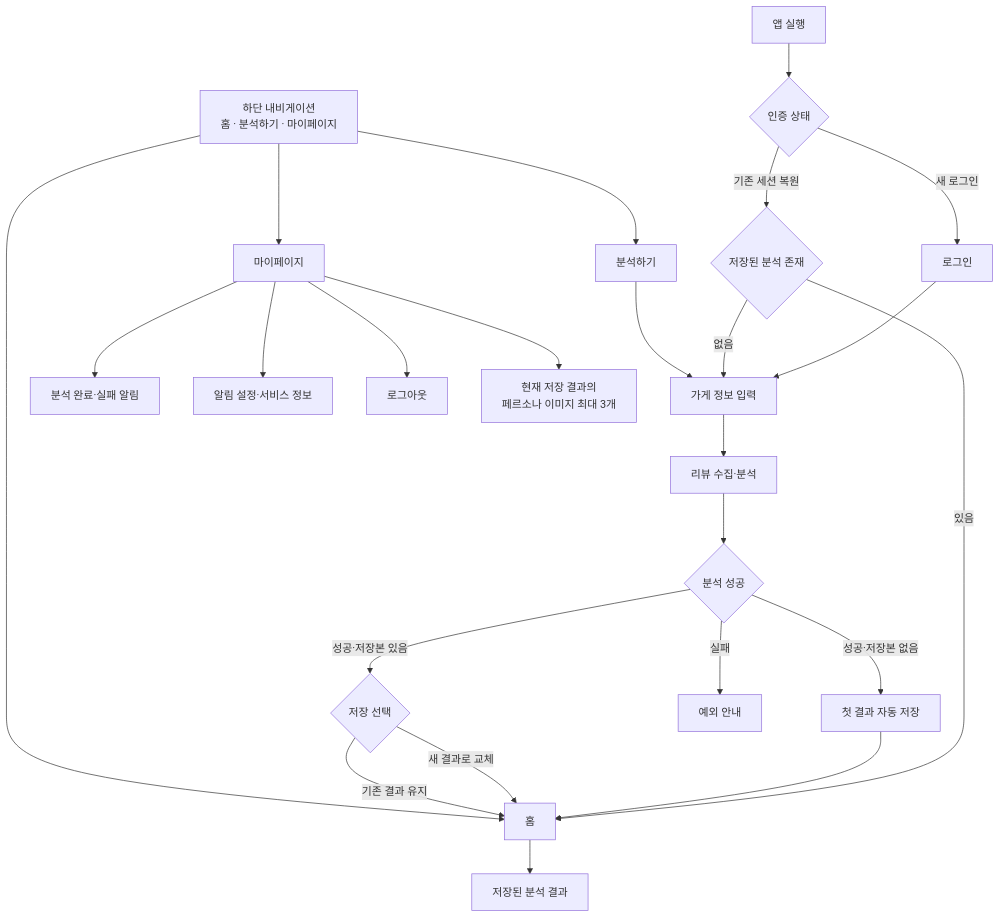
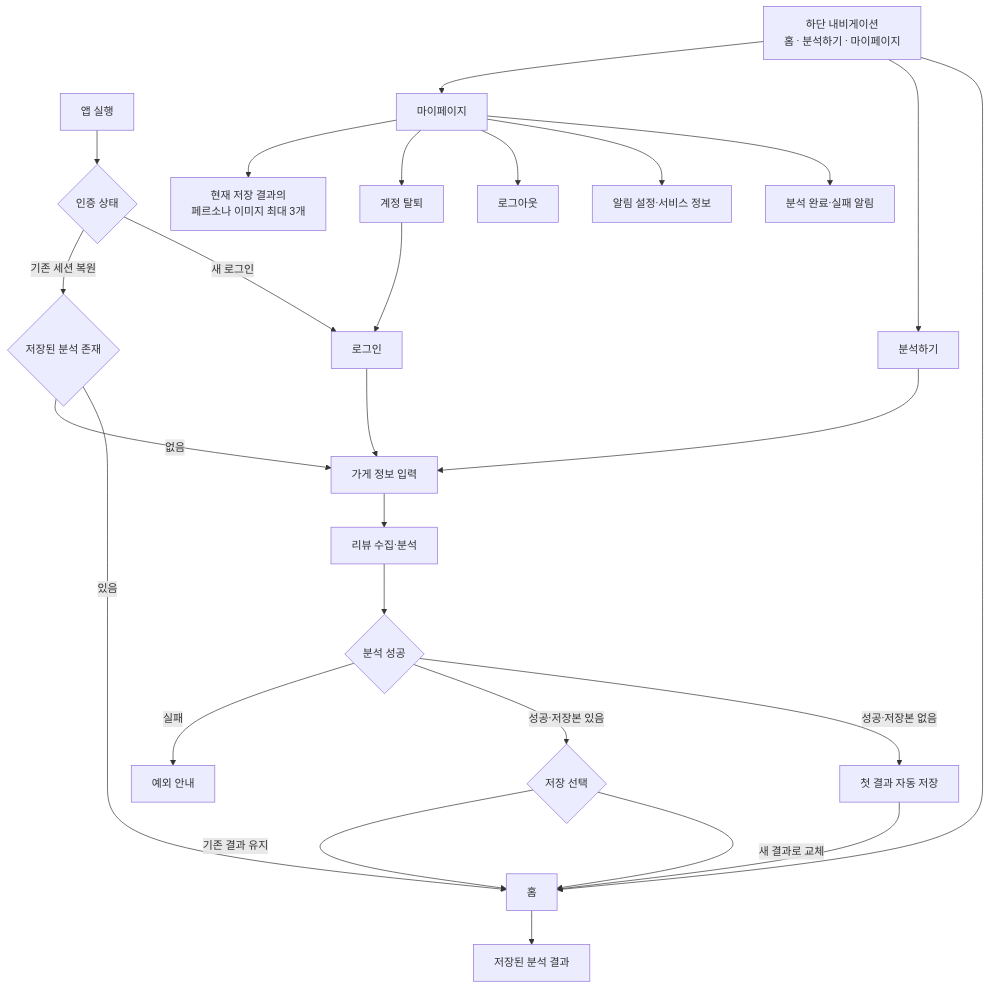
The first of 2 diagrams in docs/product/requirements/RESULT_IA.md (SKUnohtaekyung/PULSE_SCC), drawn with Mermaid before and after one commit. The commit also changed other lines of this file and 9 other files, not shown here.

````diff
--- a/docs/product/requirements/RESULT_IA.md
+++ b/docs/product/requirements/RESULT_IA.md
@@ -25,27 +25,29 @@
 ```mermaid
 flowchart TD
     A[앱 실행] --> B{인증 상태}
     B -- 새 로그인 --> C[로그인]
     C --> D[가게 정보 입력]
     B -- 기존 세션 복원 --> Z{저장된 분석 존재}
     Z -- 있음 --> H[홈]
     Z -- 없음 --> D
     D --> E[리뷰 수집·분석]
     E --> F{분석 성공}
     F -- 성공·저장본 없음 --> G[첫 결과 자동 저장]
     G --> H
     F -- 성공·저장본 있음 --> R{저장 선택}
     R -- 새 결과로 교체 --> H
     R -- 기존 결과 유지 --> H
     F -- 실패 --> X[예외 안내]
 
     H --> H1[저장된 분석 결과]
     N[하단 내비게이션<br/>홈 · 분석하기 · 마이페이지] --> H
     N --> I[분석하기]
     I --> D
     N --> M[마이페이지]
     M --> M1[분석 완료·실패 알림]
     M --> M2[알림 설정·서비스 정보]
     M --> M3[로그아웃]
+    M --> M5[계정 탈퇴]
     M --> M4[현재 저장 결과의<br/>페르소나 이미지 최대 3개]
+    M5 --> C
 ```
````
